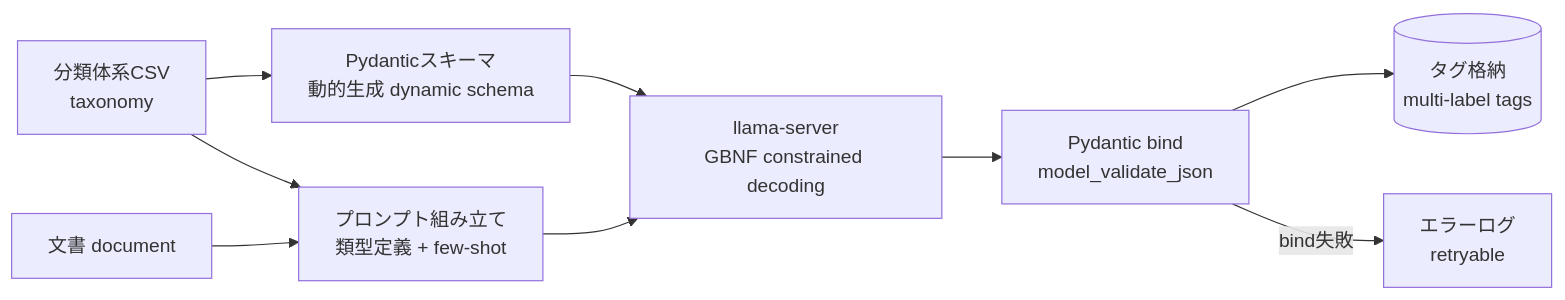
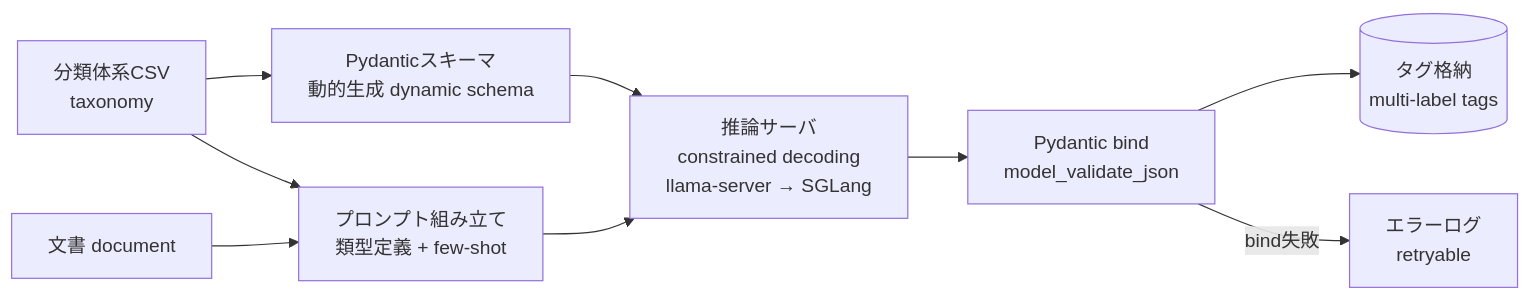
Before and after one commit to Yuity0725/portfolio: the second of 2 diagrams in civic-document-ai-platform/features/04-document-classification.md, drawn with Mermaid. The commit also changed other lines of this file and 8 other files, not shown here.

````diff
--- a/civic-document-ai-platform/features/04-document-classification.md
+++ b/civic-document-ai-platform/features/04-document-classification.md
@@ -75,11 +78,11 @@
 ```mermaid
 flowchart LR
     CSV[分類体系CSV<br/>taxonomy] --> S[Pydanticスキーマ<br/>動的生成 dynamic schema]
     CSV --> P[プロンプト組み立て<br/>類型定義 + few-shot]
     D[文書 document] --> P
-    P --> L[llama-server<br/>GBNF constrained decoding]
+    P --> L[推論サーバ<br/>constrained decoding<br/>llama-server → SGLang]
     S --> L
     L --> B[Pydantic bind<br/>model_validate_json]
     B --> T[(タグ格納<br/>multi-label tags)]
     B -->|bind失敗| E[エラーログ<br/>retryable]
 ```
````
